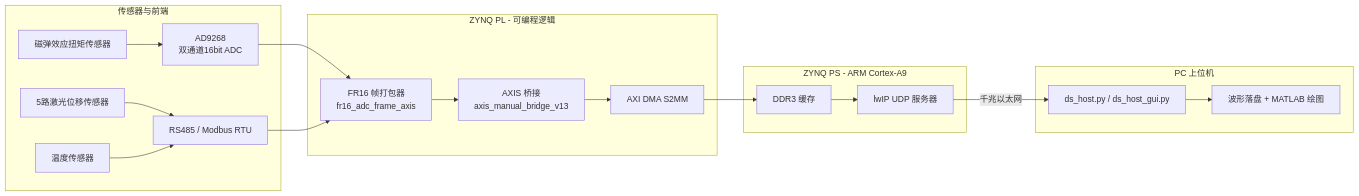
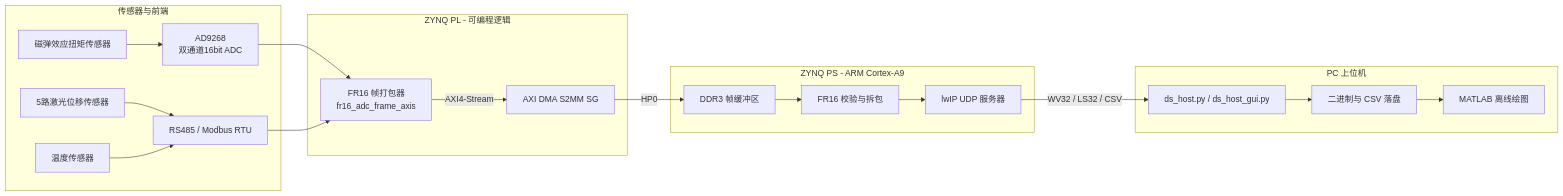
The diagram in README.md (X-hahaha/magnetoelastic-torque-sensor-data-acquisition), drawn with Mermaid before and after one commit. The commit also changed other lines of this file and 15 other files, not shown here.

````diff
--- a/README.md
+++ b/README.md
@@ -23,25 +25,26 @@
 ```mermaid
 flowchart LR
     subgraph SEN[传感器与前端]
         T[磁弹效应扭矩传感器] --> A[AD9268<br/>双通道16bit ADC]
         L[5路激光位移传感器] --> R[RS485 / Modbus RTU]
         TM[温度传感器] --> R
     end
 
     subgraph PL[ZYNQ PL - 可编程逻辑]
         A --> F[FR16 帧打包器<br/>fr16_adc_frame_axis]
         R --> F
-        F --> B[AXIS 桥接<br/>axis_manual_bridge_v13]
-        B --> D[AXI DMA S2MM]
+        F -->|AXI4-Stream| D[AXI DMA S2MM SG]
     end
 
     subgraph PS[ZYNQ PS - ARM Cortex-A9]
-        D --> M[DDR3 缓存]
-        M --> U[lwIP UDP 服务器]
+        D -->|HP0| M[DDR3 帧缓冲区]
+        M --> V[FR16 校验与拆包]
+        V --> U[lwIP UDP 服务器]
     end
 
     subgraph PC[PC 上位机]
-        U -->|千兆以太网| H[ds_host.py / ds_host_gui.py]
-        H --> P[波形落盘 + MATLAB 绘图]
+        U -->|WV32 / LS32 / CSV| H[ds_host.py / ds_host_gui.py]
+        H --> P[二进制与 CSV 落盘]
+        P --> Q[MATLAB 离线绘图]
     end
 ```
````
